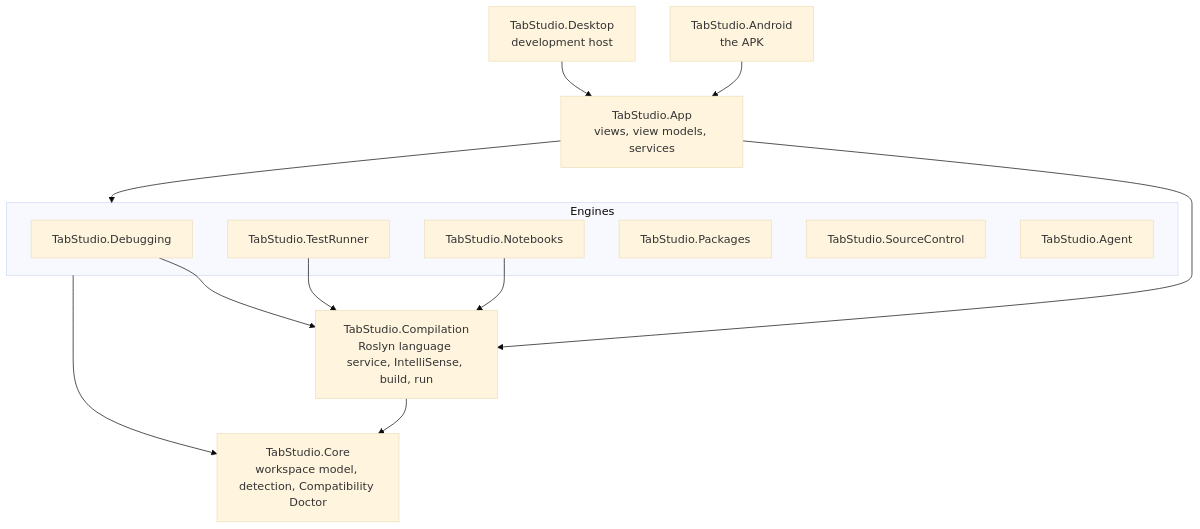
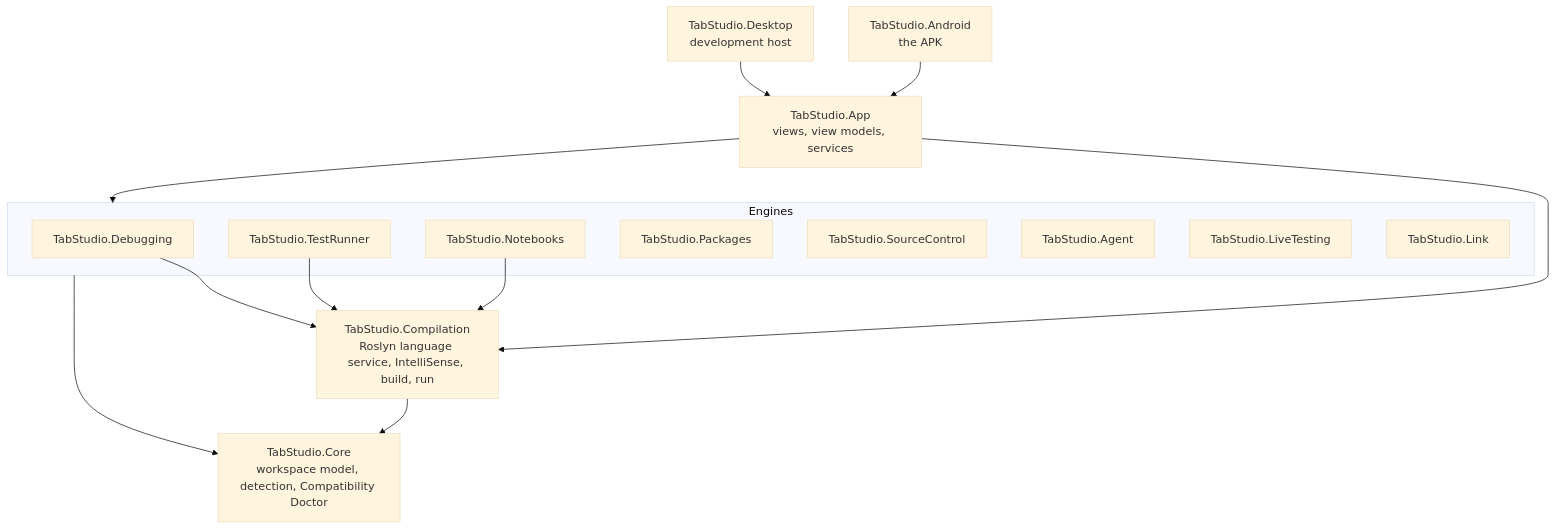
Before and after one commit to yahav2898/tabstudio: the first of 2 diagrams in docs/ARCHITECTURE.md, drawn with Mermaid (base theme). The commit also changed other lines of this file and 5 other files, not shown here.

First line of the commit message:
Release 0.5.0: TabStudio Link

````diff
--- a/docs/ARCHITECTURE.md
+++ b/docs/ARCHITECTURE.md
@@ -9,21 +9,23 @@
 ```mermaid
 flowchart TB
     Android["TabStudio.Android<br/>the APK"] --> App
     Desktop["TabStudio.Desktop<br/>development host"] --> App
     App["TabStudio.App<br/>views, view models, services"] --> Engines
     subgraph Engines["Engines"]
         Debugging["TabStudio.Debugging"]
         TestRunner["TabStudio.TestRunner"]
         Notebooks["TabStudio.Notebooks"]
         Packages["TabStudio.Packages"]
         SourceControl["TabStudio.SourceControl"]
         Agent["TabStudio.Agent"]
+        LiveTesting["TabStudio.LiveTesting"]
+        Link["TabStudio.Link"]
     end
     Debugging --> Compilation
     TestRunner --> Compilation
     Notebooks --> Compilation
     Engines --> Core
     App --> Compilation
     Compilation["TabStudio.Compilation<br/>Roslyn language service, IntelliSense, build, run"] --> Core
     Core["TabStudio.Core<br/>workspace model, detection, Compatibility Doctor"]
 ```
````
